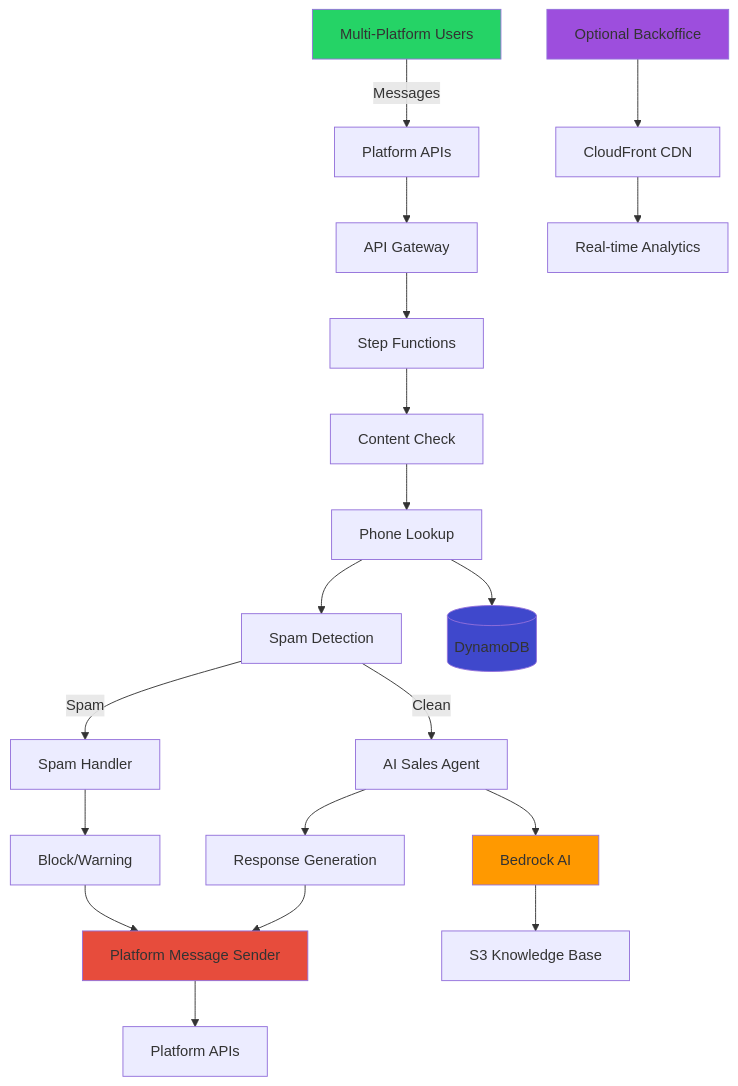
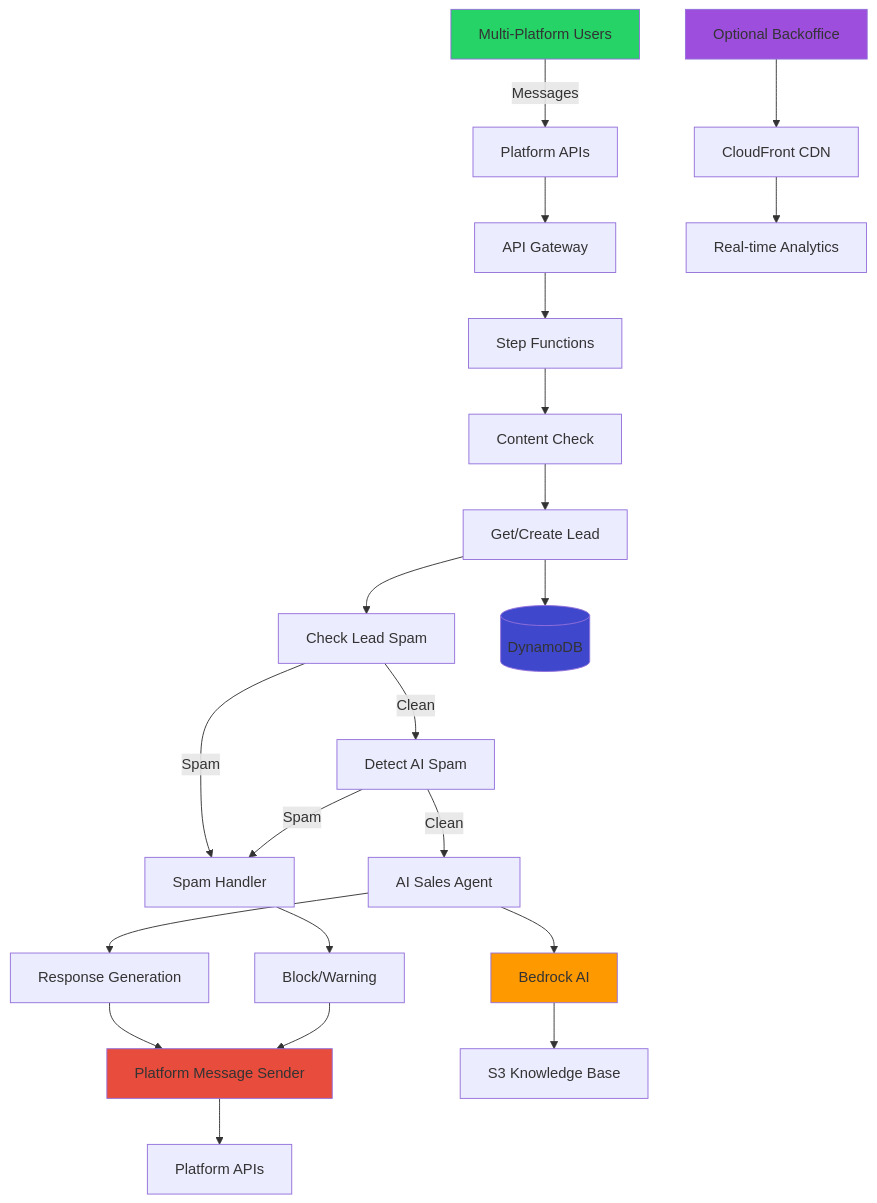
The diagram in README.md (Pandas-DB/pandasdb-crm-comm), drawn with Mermaid before and after one commit. The commit also changed other lines of this file, not shown here.

````diff
--- a/README.md
+++ b/README.md
@@ -390,33 +483,36 @@
 ```mermaid
 graph TB
     A[Multi-Platform Users] -->|Messages| B[Platform APIs]
     B --> C[API Gateway]
     C --> D[Step Functions]
     
     D --> E[Content Check]
-    E --> F[Phone Lookup]
-    F --> G[Spam Detection]
+    E --> F[Get/Create Lead]
+    F --> G[Check Lead Spam]
     
-    G -->|Clean| H[AI Sales Agent]
+    G -->|Clean| H[Detect AI Spam]
     G -->|Spam| I[Spam Handler]
     
-    H --> J[Response Generation]
-    I --> K[Block/Warning]
+    H -->|Clean| J[AI Sales Agent]
+    H -->|Spam| I
     
-    J --> L[Platform Message Sender]
-    K --> L
-    L --> M[Platform APIs]
+    J --> K[Response Generation]
+    I --> L[Block/Warning]
     
-    F --> N[(DynamoDB)]
-    H --> O[Bedrock AI]
-    O --> P[S3 Knowledge Base]
+    K --> M[Platform Message Sender]
+    L --> M
+    M --> N[Platform APIs]
     
-    Q[Optional Backoffice] --> R[CloudFront CDN]
-    R --> S[Real-time Analytics]
+    F --> O[(DynamoDB)]
+    J --> P[Bedrock AI]
+    P --> Q[S3 Knowledge Base]
+    
+    R[Optional Backoffice] --> S[CloudFront CDN]
+    S --> T[Real-time Analytics]
     
     style A fill:#25D366
-    style O fill:#FF9900
-    style N fill:#3F48CC
-    style Q fill:#9D4EDD
-    style L fill:#E74C3C
+    style P fill:#FF9900
+    style O fill:#3F48CC
+    style R fill:#9D4EDD
+    style M fill:#E74C3C
 ```
````
